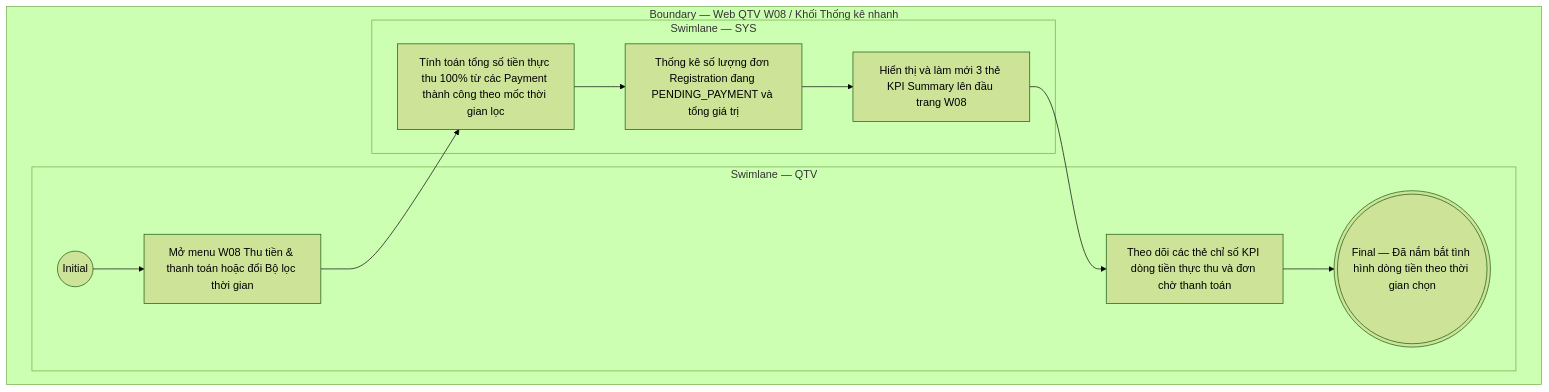
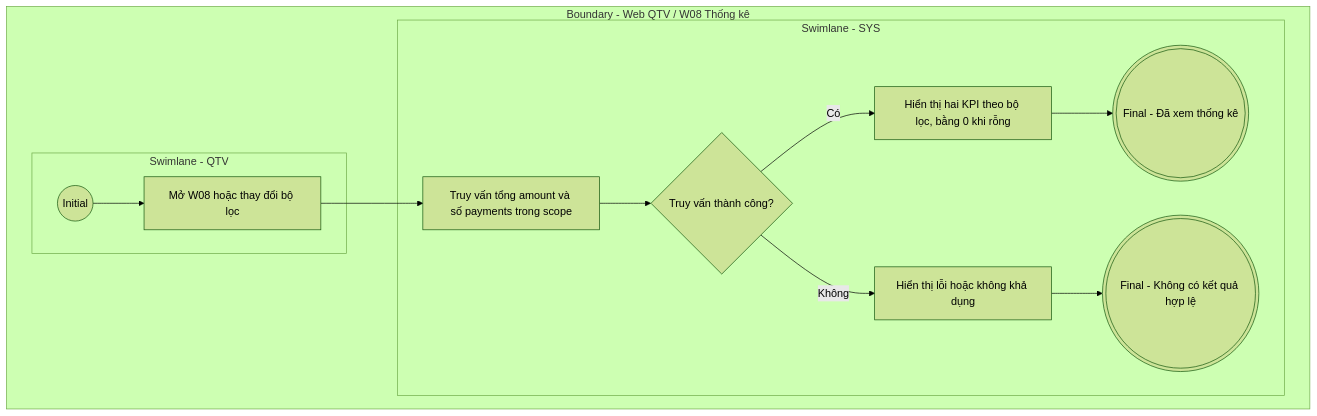
Before and after one commit to ThachY-23120411/Paradise-Gym-v2: the diagram in docs/user-stories/qtv/QTV-W08-Thu tiền & thanh toán/QTV-W08-US03-Xem thống kê.md, drawn with Mermaid (forest theme). The commit also changed other lines of this file and 2325 other files, not shown here.

````diff
--- a/docs/user-stories/qtv/QTV-W08-Thu tiền & thanh toán/QTV-W08-US03-Xem thống kê.md
+++ b/docs/user-stories/qtv/QTV-W08-Thu tiền & thanh toán/QTV-W08-US03-Xem thống kê.md
@@ -47,24 +33,24 @@
 ```mermaid
 flowchart TB
-  subgraph B["Boundary — Web QTV W08 / Khối Thống kê nhanh"]
-    subgraph L0["Swimlane — QTV"]
-      I01(("Initial"))
-      A01["Mở menu W08 Thu tiền & thanh toán hoặc đổi Bộ lọc thời gian"]
-      A02["Theo dõi các thẻ chỉ số KPI dòng tiền thực thu và đơn chờ thanh toán"]
-      F01((("Final — Đã nắm bắt tình hình dòng tiền theo thời gian chọn")))
-
-      I01 --> A01
-      A02 --> F01
+  subgraph B["Boundary - Web QTV / W08 Thống kê"]
+    subgraph L0["Swimlane - QTV"]
+      I(("Initial"))
+      A["Mở W08 hoặc thay đổi bộ lọc"]
     end
-    subgraph L1["Swimlane — SYS"]
-      S01["Tính toán tổng số tiền thực thu 100% từ các Payment thành công theo mốc thời gian lọc"]
-      S02["Thống kê số lượng đơn Registration đang PENDING_PAYMENT và tổng giá trị"]
-      S03["Hiển thị và làm mới 3 thẻ KPI Summary lên đầu trang W08"]
-
-      A01 --> S01
-      S01 --> S02
-      S02 --> S03
-      S03 --> A02
+    subgraph L1["Swimlane - SYS"]
+      S["Truy vấn tổng amount và số payments trong scope"]
+      D{"Truy vấn thành công?"}
+      V["Hiển thị hai KPI theo bộ lọc, bằng 0 khi rỗng"]
+      E["Hiển thị lỗi hoặc không khả dụng"]
+      F((("Final - Đã xem thống kê")))
+      FE((("Final - Không có kết quả hợp lệ")))
     end
+    I --> A
+    A --> S
+    S --> D
+    D -->|Có| V
+    V --> F
+    D -->|Không| E
+    E --> FE
   end
 ```
````
